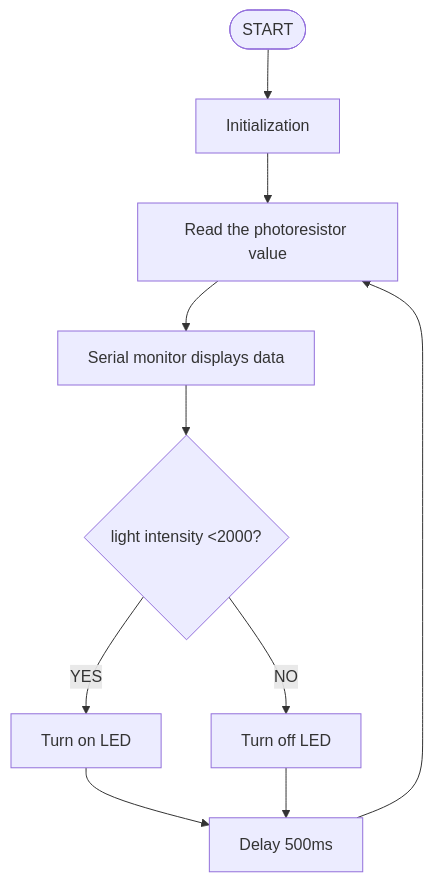
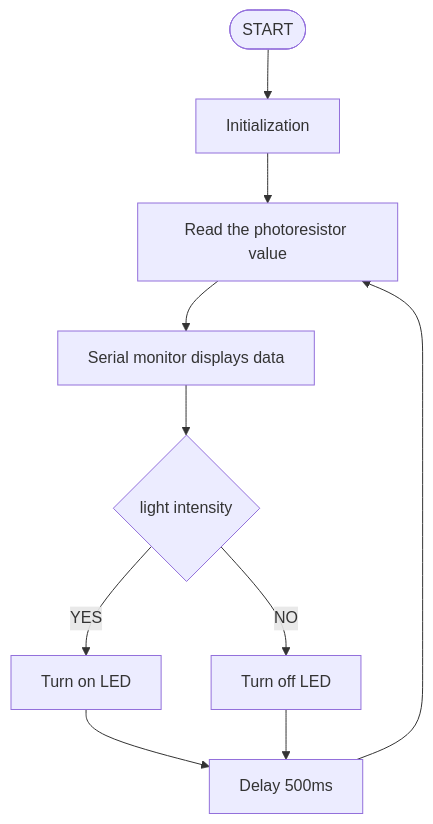
Before and after one commit to keyestudio/KS0597-: the diagram in README.md, drawn with Mermaid.

Commit message:
2025年09月17日 周三 13:57:14.39

````diff
--- a/README.md
+++ b/README.md
@@ -5,11 +5,11 @@
 ```mermaid
 graph TD
     A([START]) --> B[Initialization]
     B --> C[Read the photoresistor value]
     C --> D[Serial monitor displays data]
-    D --> E{light intensity <2000?}
+    D --> E{light intensity}
     E -- YES --> F[Turn on LED]
     E -- NO --> G[Turn off LED]
     F & G --> H[Delay 500ms]
     H --> C[Read the photoresistor value]
 ```
````
